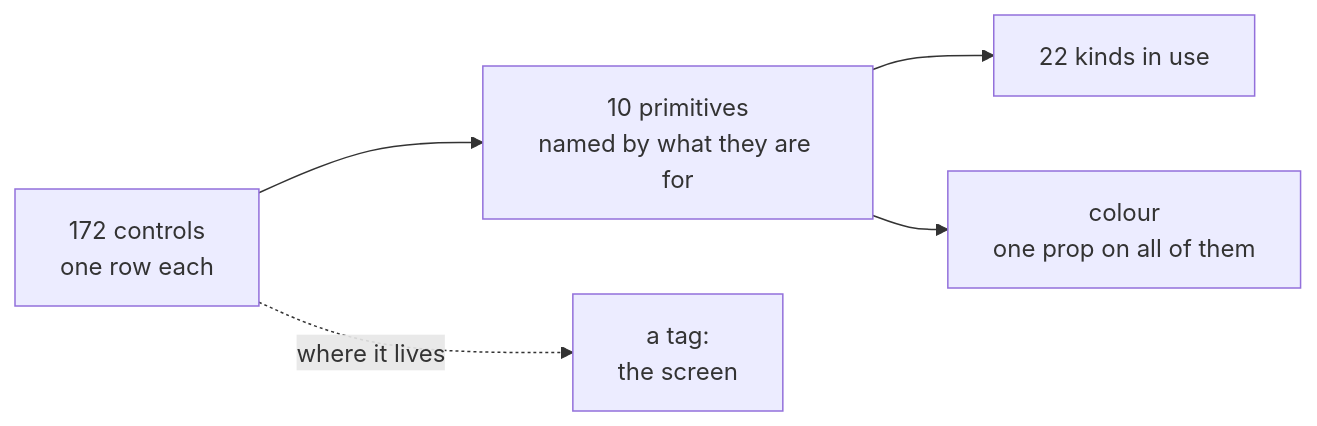
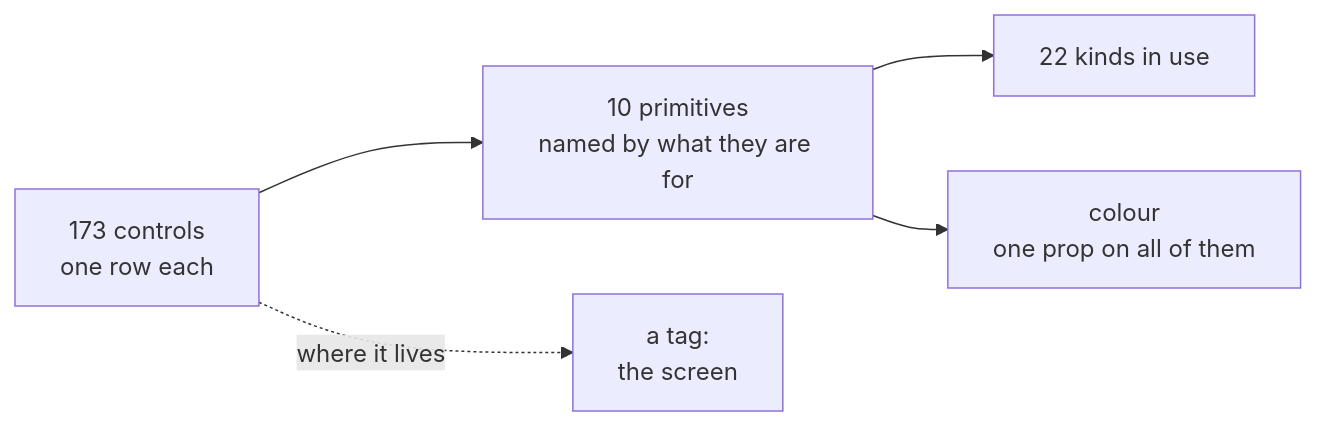
Before and after one commit to abossard/bossylights: the diagram in docs/design/kit.md, drawn with Mermaid. The commit also changed other lines of this file and 41 other files, not shown here.

````diff
--- a/docs/design/kit.md
+++ b/docs/design/kit.md
@@ -6,7 +6,7 @@
 ```mermaid
 flowchart LR
-  R["172 controls<br/>one row each"] --> K["10 primitives<br/>named by what they are for"]
+  R["173 controls<br/>one row each"] --> K["10 primitives<br/>named by what they are for"]
   K --> V["22 kinds in use"]
   K --> C["colour<br/>one prop on all of them"]
   R -. "where it lives" .-> T["a tag:<br/>the screen"]
 ```
````
